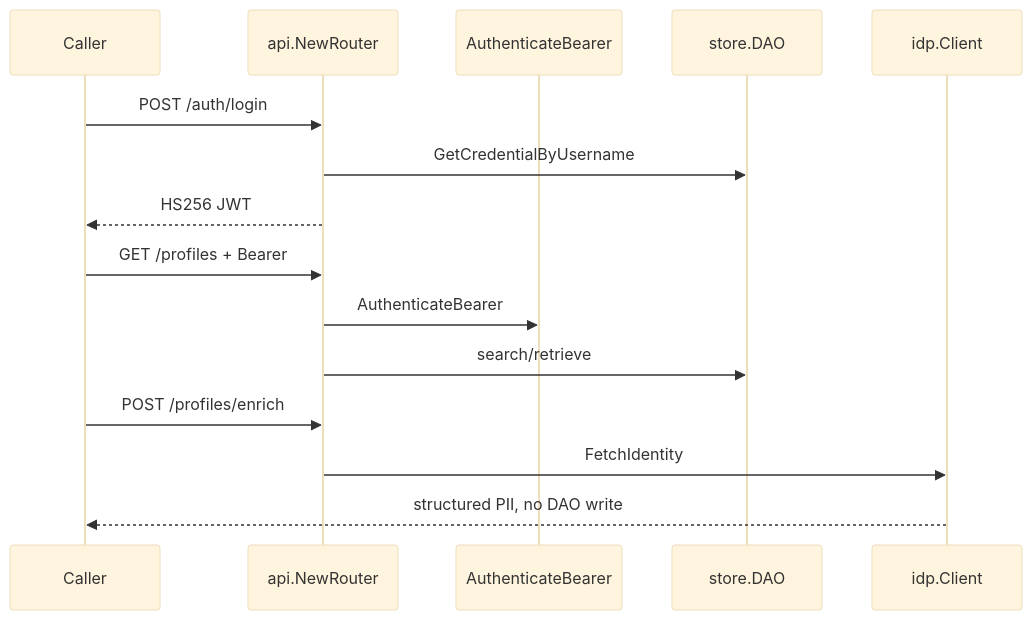
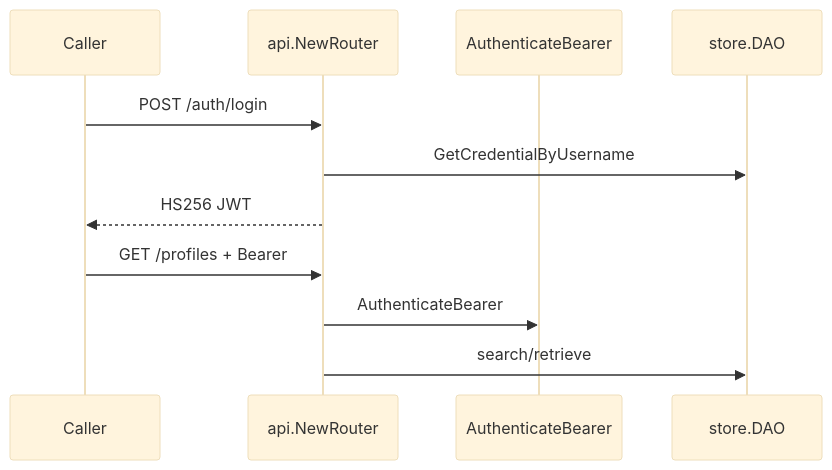
One commit to svanegmond/identity-oct-6 changed the diagram in project/demos/ENG-561-engineering-handoff.md. Above: the diagram before and after it, drawn with Mermaid (base theme). The commit also changed other lines of this file and 11 other files, not shown here.

First line of the commit message:
fix(identity): remove public REST enrich path after Lead withdrew AC-10/VC-2

````diff
--- a/project/demos/ENG-561-engineering-handoff.md
+++ b/project/demos/ENG-561-engineering-handoff.md
@@ -131,17 +56,13 @@
 ```mermaid
 sequenceDiagram
   participant C as Caller
   participant API as api.NewRouter
   participant Auth as AuthenticateBearer
   participant DAO as store.DAO
-  participant IdP as idp.Client
   C->>API: POST /auth/login
   API->>DAO: GetCredentialByUsername
   API-->>C: HS256 JWT
   C->>API: GET /profiles + Bearer
   API->>Auth: AuthenticateBearer
   API->>DAO: search/retrieve
-  C->>API: POST /profiles/enrich
-  API->>IdP: FetchIdentity
-  IdP-->>C: structured PII, no DAO write
 ```
````
